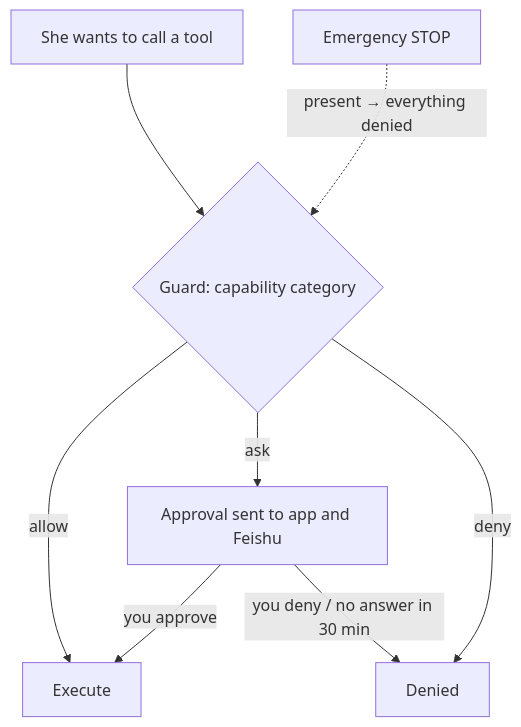
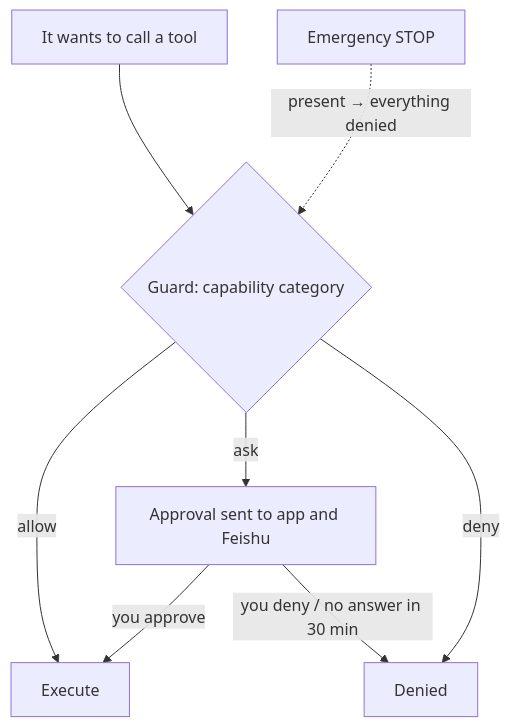
Before and after one commit to Causally-XYZ/Project.Quetzal: the diagram in website/content/docs/en/guide/permissions.md, drawn with Mermaid. The commit also changed other lines of this file and 30 other files, not shown here.

````diff
--- a/website/content/docs/en/guide/permissions.md
+++ b/website/content/docs/en/guide/permissions.md
@@ -10,10 +10,10 @@
 ```mermaid
 flowchart TB
-  T[She wants to call a tool] --> G{Guard: capability category}
+  T[It wants to call a tool] --> G{Guard: capability category}
   G -- allow --> X[Execute]
   G -- ask --> A[Approval sent to app and Feishu]
   A -- you approve --> X
   A -- you deny / no answer in 30 min --> D[Denied]
   G -- deny --> D
   S[Emergency STOP] -. present → everything denied .-> G
 ```
````
